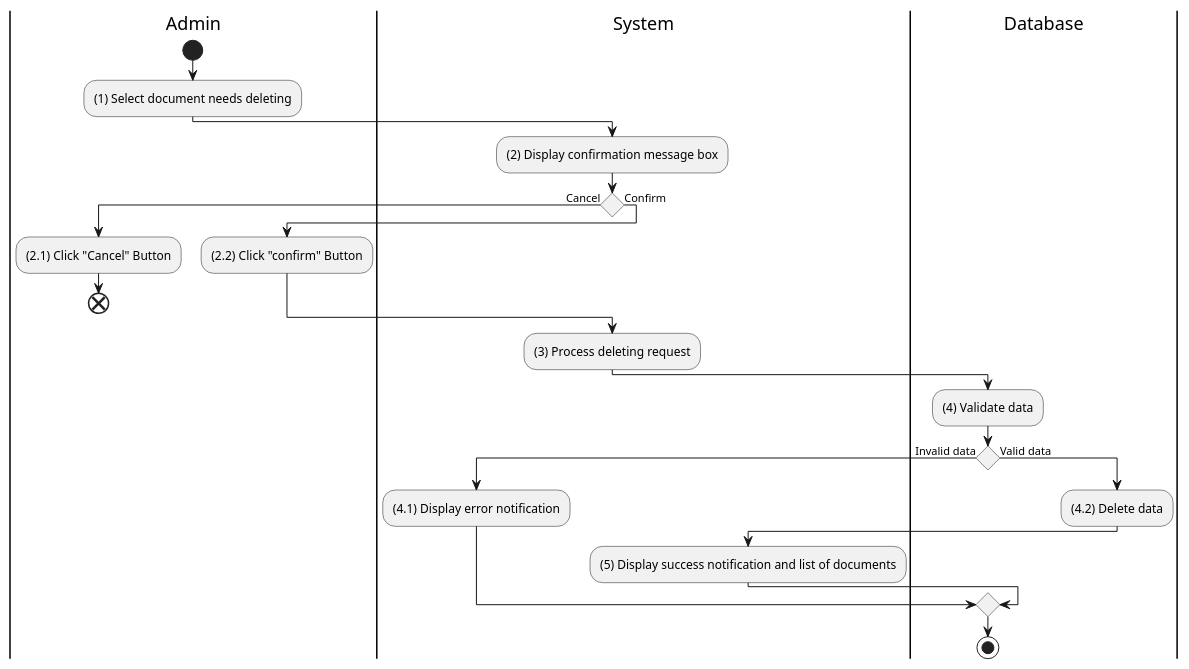
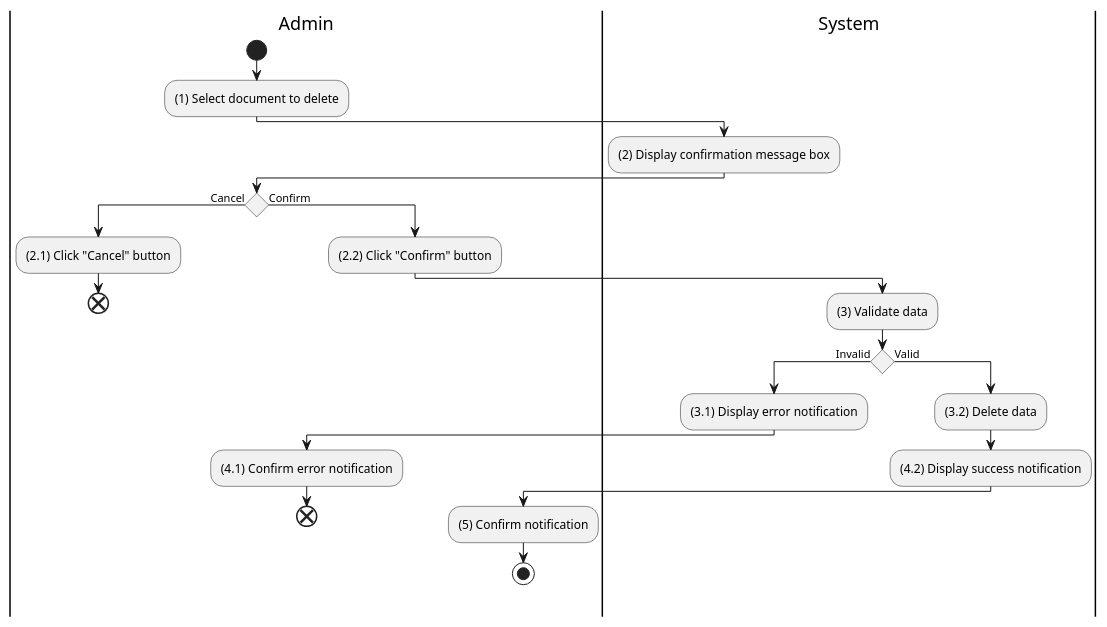
The diagram in docs/software-docs/activity/adjust-document/delete-document.md (electricilies/electricilies.github.io), drawn with PlantUML before and after one commit. The commit also changed 47 other files, not shown here.

````diff
--- a/docs/software-docs/activity/adjust-document/delete-document.md
+++ b/docs/software-docs/activity/adjust-document/delete-document.md
@@ -3,36 +3,34 @@
 ```plantuml
 @startuml
 |A|Admin
 |S|System
-|D|Database
 
 |A|
 start
-:(1) Select document needs deleting;
+:(1) Select document to delete;
 |S|
 :(2) Display confirmation message box;
+|A|
 if () then (Cancel)
-  |A|
-  :(2.1) Click "Cancel" Button;
+  :(2.1) Click "Cancel" button;
   end
 else (Confirm)
-  :(2.2) Click "confirm" Button;
+  :(2.2) Click "Confirm" button;
+  |S|
+  :(3) Validate data;
+  if () then (Invalid)
+    :(3.1) Display error notification;
+    |A|
+    :(4.1) Confirm error notification;
+    end
+  else (Valid)
+    |S|
+    :(3.2) Delete data;
+    :(4.2) Display success notification;
+    |A|
+    :(5) Confirm notification;
+    stop
+  endif
 endif
-|S|
-:(3) Process deleting request;
-|D|
-:(4) Validate data;
-if () then (Invalid data)
-  |S|
-  :(4.1) Display error notification;
-else (Valid data)
-  |D|
-  :(4.2) Delete data;
-  |S|
-  :(5) Display success notification and list of documents;
-endif
-|D|
-stop
-
 @enduml
 ```
````
